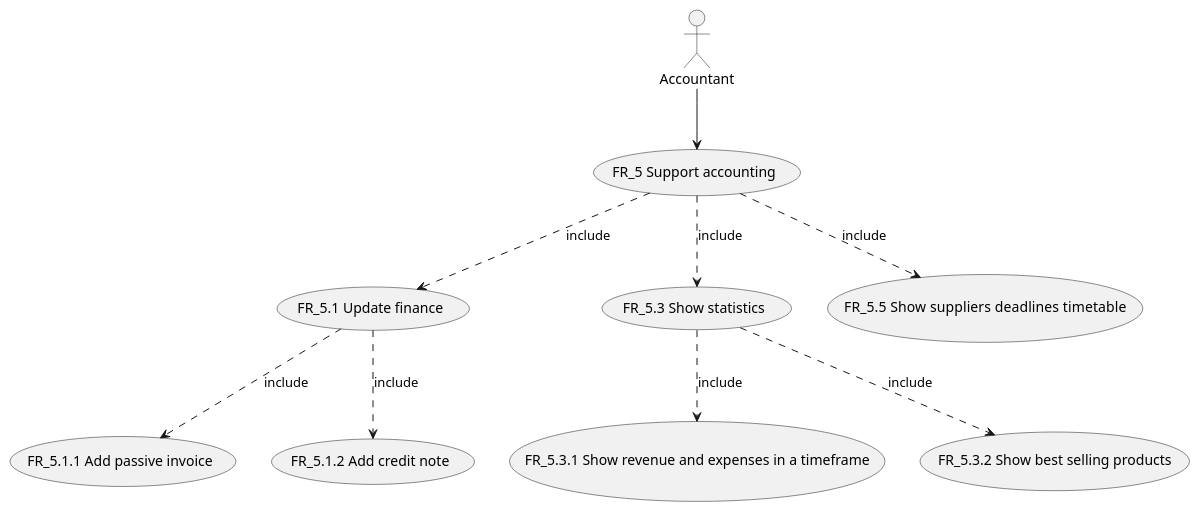
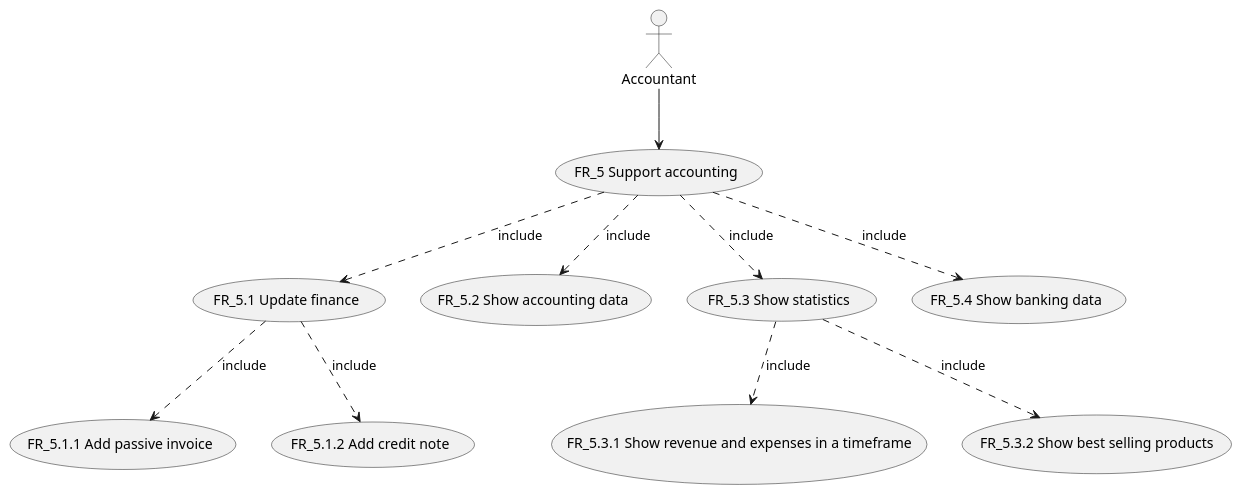
Before and after one commit to Stormz4/group20-EzShop: the seventh of 12 diagrams in Deliverables/RequirementsDocument.md, drawn with PlantUML. The commit also changed other lines of this file, not shown here.

````diff
--- a/Deliverables/RequirementsDocument.md
+++ b/Deliverables/RequirementsDocument.md
@@ -331,15 +331,16 @@
 ```plantuml
 @startuml
 'Support accounting part
 
 :Accountant: --> (FR_5 Support accounting)
 (FR_5 Support accounting) ..> (FR_5.1 Update finance) : include
 (FR_5.1 Update finance) ..> (FR_5.1.1 Add passive invoice) : include
 (FR_5.1 Update finance) ..> (FR_5.1.2 Add credit note) : include
+(FR_5 Support accounting) ..> (FR_5.2 Show accounting data) : include
 (FR_5 Support accounting) ..> (FR_5.3 Show statistics) : include
-(FR_5 Support accounting) ..> (FR_5.5 Show suppliers deadlines  timetable) : include
+(FR_5 Support accounting) ..> (FR_5.4 Show banking data) : include
 (FR_5.3 Show statistics) ..> (FR_5.3.1 Show revenue and expenses in a timeframe) :include
 (FR_5.3 Show statistics) ..> (FR_5.3.2 Show best selling products) :include
 
 @enduml
 ```
````
